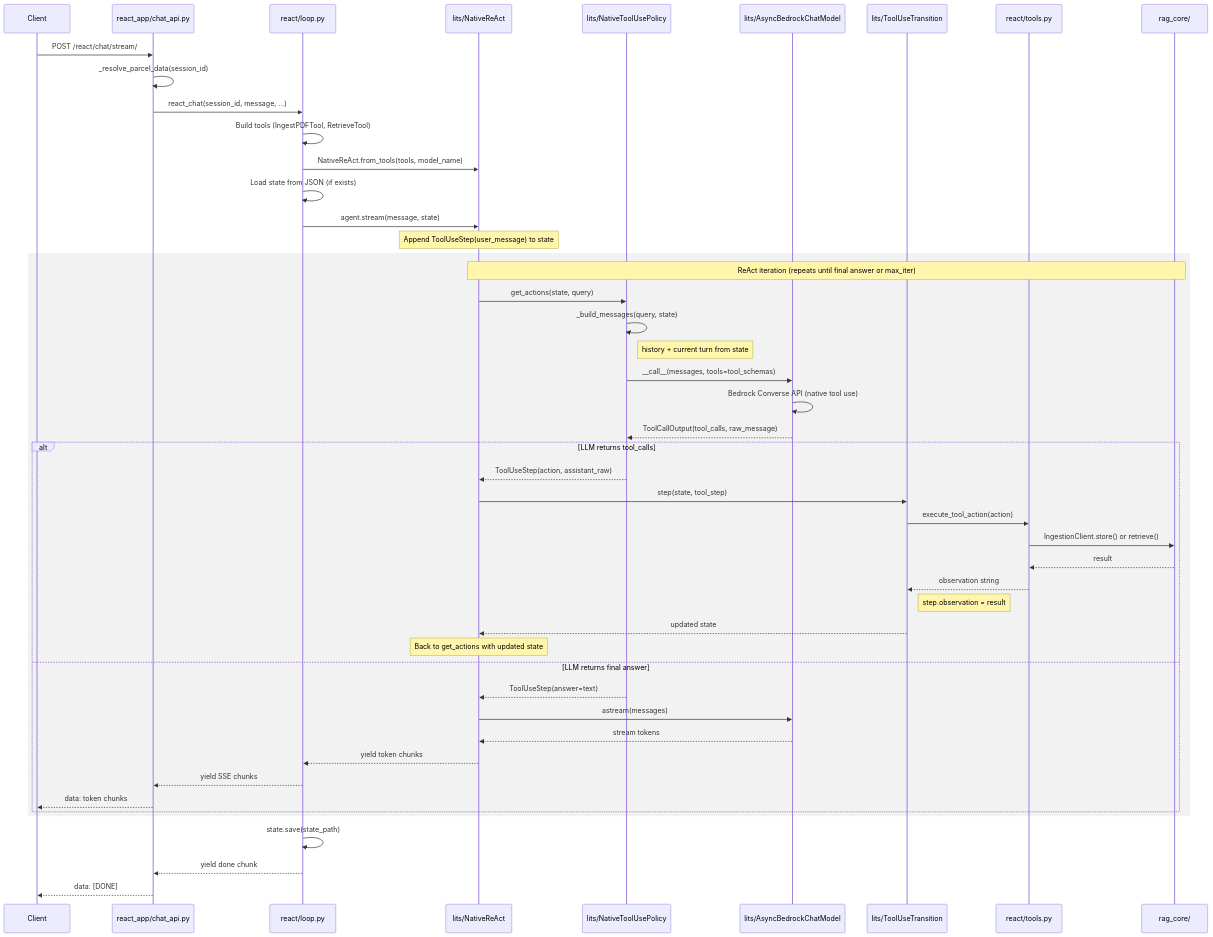
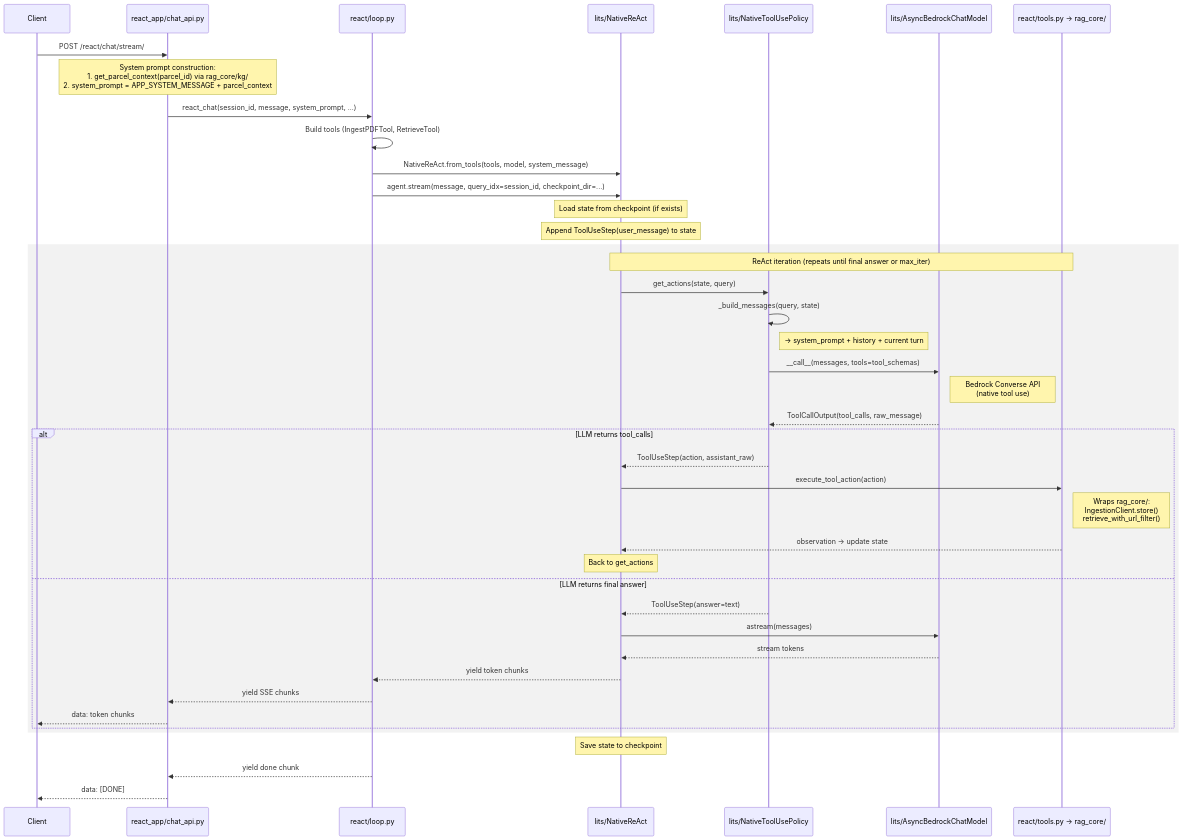
One commit to xinzhel/veris-chat changed the diagram in .kiro/specs/agentic-url-handling/design.md. Above: the diagram before and after it, drawn with Mermaid. The commit also changed other lines of this file and 1 other file, not shown here.

Commit message:
spec: add tasks.md, call flow diagram, tool split, citation follow-up test

````diff
--- a/.kiro/specs/agentic-url-handling/design.md
+++ b/.kiro/specs/agentic-url-handling/design.md
@@ -473,56 +454,52 @@
 ```mermaid
 sequenceDiagram
     participant Client
-    participant ReactApp as react_app/chat_api.py
+    participant App as react_app/chat_api.py
     participant Glue as react/loop.py
     participant Agent as lits/NativeReAct
     participant Policy as lits/NativeToolUsePolicy
     participant LM as lits/AsyncBedrockChatModel
-    participant Transition as lits/ToolUseTransition
-    participant Tools as react/tools.py
-    participant RagCore as rag_core/
+    participant Tools as react/tools.py → rag_core/
 
-    Client->>ReactApp: POST /react/chat/stream/
-    ReactApp->>ReactApp: _resolve_parcel_data(session_id)
-    ReactApp->>Glue: react_chat(session_id, message, ...)
+    Client->>App: POST /react/chat/stream/
+
+    Note over App: System prompt construction:<br/>1. get_parcel_context(parcel_id) via rag_core/kg/<br/>2. system_prompt = APP_SYSTEM_MESSAGE + parcel_context
+
+    App->>Glue: react_chat(session_id, message, system_prompt, ...)
 
     Glue->>Glue: Build tools (IngestPDFTool, RetrieveTool)
-    Glue->>Agent: NativeReAct.from_tools(tools, model_name)
-    Glue->>Glue: Load state from JSON (if exists)
-    Glue->>Agent: agent.stream(message, state)
+    Glue->>Agent: NativeReAct.from_tools(tools, model, system_message)
+    Glue->>Agent: agent.stream(message, query_idx=session_id, checkpoint_dir=...)
 
+    Note over Agent: Load state from checkpoint (if exists)
     Note over Agent: Append ToolUseStep(user_message) to state
 
     rect rgba(128, 128, 128, 0.1)
-        Note over Agent,RagCore: ReAct iteration (repeats until final answer or max_iter)
+        Note over Agent,Tools: ReAct iteration (repeats until final answer or max_iter)
         Agent->>Policy: get_actions(state, query)
         Policy->>Policy: _build_messages(query, state)
-        Note right of Policy: history + current turn from state
+        Note right of Policy: → system_prompt + history + current turn
         Policy->>LM: __call__(messages, tools=tool_schemas)
-        LM->>LM: Bedrock Converse API (native tool use)
+        Note right of LM: Bedrock Converse API<br/>(native tool use)
         LM-->>Policy: ToolCallOutput(tool_calls, raw_message)
 
         alt LLM returns tool_calls
             Policy-->>Agent: ToolUseStep(action, assistant_raw)
-            Agent->>Transition: step(state, tool_step)
-            Transition->>Tools: execute_tool_action(action)
-            Tools->>RagCore: IngestionClient.store() or retrieve()
-            RagCore-->>Tools: result
-            Tools-->>Transition: observation string
-            Note right of Transition: step.observation = result
-            Transition-->>Agent: updated state
-            Note over Agent: Back to get_actions with updated state
+            Agent->>Tools: execute_tool_action(action)
+            Note right of Tools: Wraps rag_core/:<br/>IngestionClient.store()<br/>retrieve_with_url_filter()
+            Tools-->>Agent: observation → update state
+            Note over Agent: Back to get_actions
         else LLM returns final answer
             Policy-->>Agent: ToolUseStep(answer=text)
             Agent->>LM: astream(messages)
             LM-->>Agent: stream tokens
             Agent-->>Glue: yield token chunks
-            Glue-->>ReactApp: yield SSE chunks
-            ReactApp-->>Client: data: token chunks
+            Glue-->>App: yield SSE chunks
+            App-->>Client: data: token chunks
         end
     end
 
-    Glue->>Glue: state.save(state_path)
-    Glue-->>ReactApp: yield done chunk
-    ReactApp-->>Client: data: [DONE]
+    Note over Agent: Save state to checkpoint
+    Glue-->>App: yield done chunk
+    App-->>Client: data: [DONE]
 ```
````
